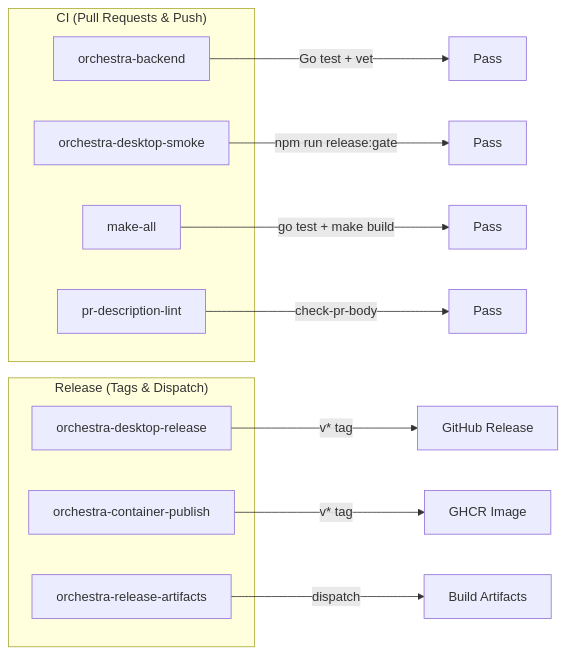
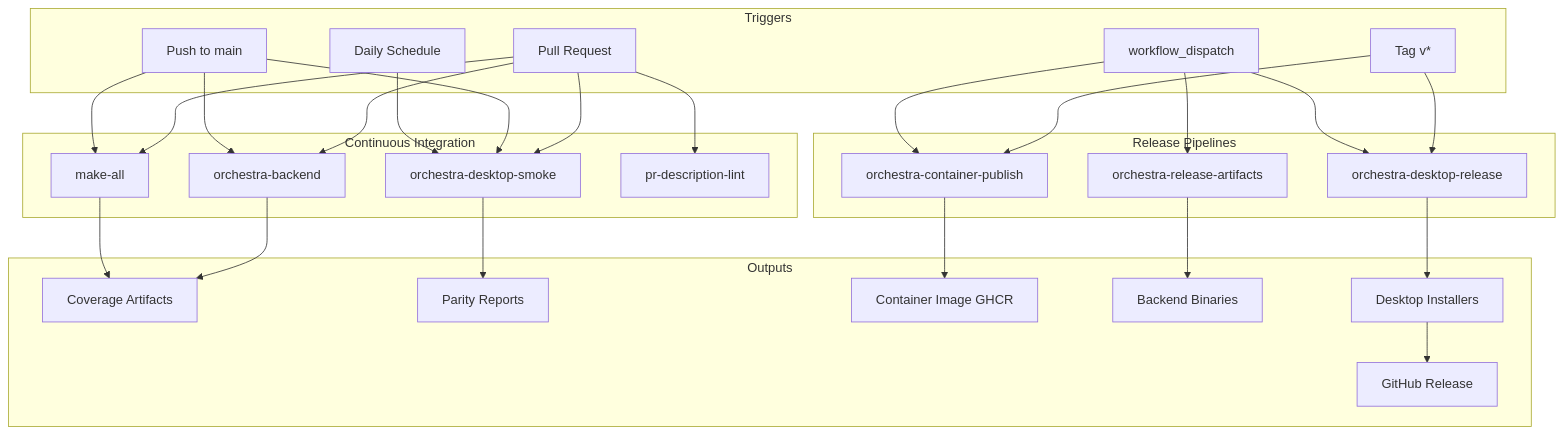
The diagram in docs/operations/ci-cd.md (bradAGI/Orchestra), drawn with Mermaid before and after one commit. The commit also changed other lines of this file and 6 other files, not shown here.

````diff
--- a/docs/operations/ci-cd.md
+++ b/docs/operations/ci-cd.md
@@ -20,24 +9,45 @@
 ```mermaid
-flowchart LR
-    subgraph CI["CI (Pull Requests & Push)"]
+flowchart TD
+    subgraph Triggers
+        PR[Pull Request]
+        PUSH[Push to main]
+        TAG[Tag v*]
+        CRON[Daily Schedule]
+        MANUAL[workflow_dispatch]
+    end
+
+    subgraph CI["Continuous Integration"]
         BE[orchestra-backend]
         DS[orchestra-desktop-smoke]
         MA[make-all]
-        PR[pr-description-lint]
+        PRL[pr-description-lint]
     end
 
-    subgraph Release["Release (Tags & Dispatch)"]
+    subgraph Release["Release Pipelines"]
+        CP[orchestra-container-publish]
         DR[orchestra-desktop-release]
-        CP[orchestra-container-publish]
         RA[orchestra-release-artifacts]
     end
 
-    BE -->|"Go test + vet"| PASS1[Pass]
-    DS -->|"npm run release:gate"| PASS2[Pass]
-    MA -->|"go test + make build"| PASS3[Pass]
-    PR -->|"check-pr-body"| PASS4[Pass]
+    subgraph Outputs
+        COV[Coverage Artifacts]
+        PAR[Parity Reports]
+        IMG[Container Image GHCR]
+        BIN[Backend Binaries]
+        INST[Desktop Installers]
+        GHR[GitHub Release]
+    end
 
-    DR -->|"v* tag"| GH_RELEASE[GitHub Release]
-    CP -->|"v* tag"| GHCR[GHCR Image]
-    RA -->|"dispatch"| ARTIFACTS[Build Artifacts]
+    PR --> BE & DS & MA & PRL
+    PUSH --> BE & DS & MA
+    TAG --> CP & DR
+    CRON --> DS
+    MANUAL --> CP & DR & RA
+
+    BE --> COV
+    DS --> PAR
+    MA --> COV
+    CP --> IMG
+    RA --> BIN
+    DR --> INST --> GHR
 ```
````
